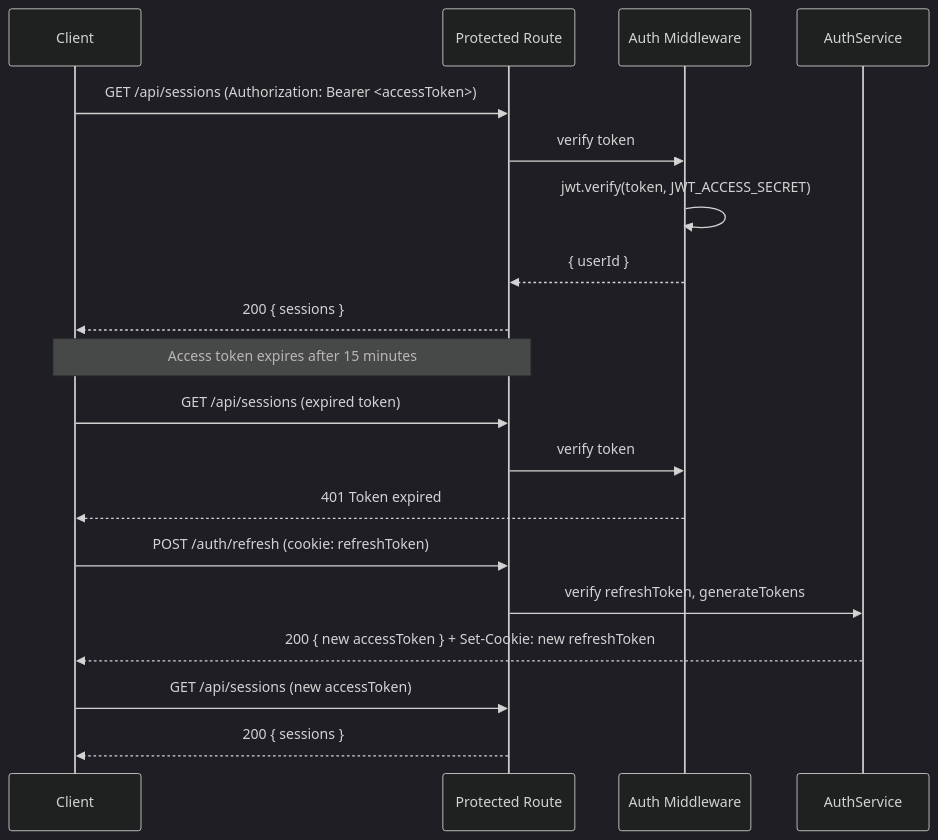
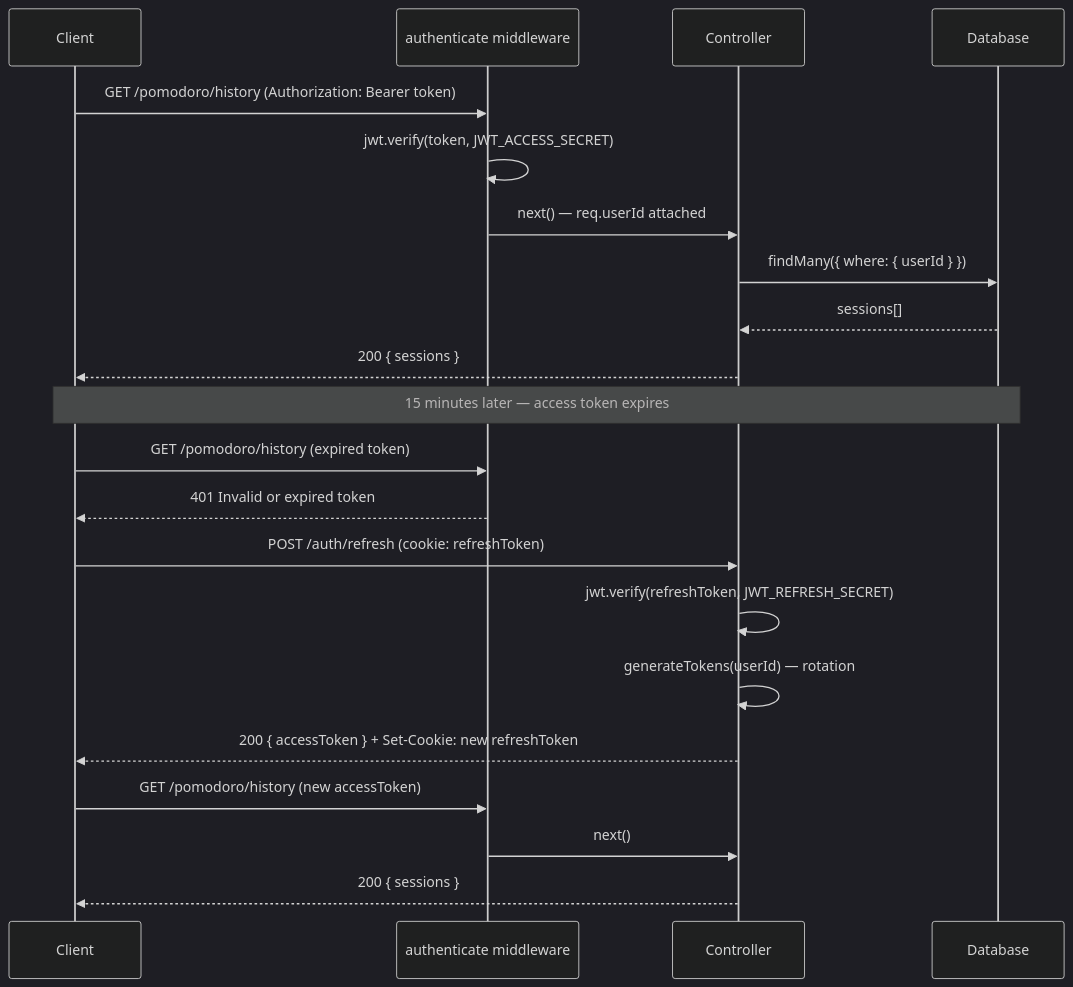
Before and after one commit to abbari6566/Dot: the seventh of 7 diagrams in documentation.md, drawn with Mermaid (dark theme). The commit also changed other lines of this file and 9 other files, not shown here.

````diff
--- a/documentation.md
+++ b/documentation.md
@@ -315,25 +427,28 @@
 ```mermaid
 sequenceDiagram
     participant C as Client
-    participant API as Protected Route
-    participant Auth as Auth Middleware
-    participant S as AuthService
+    participant Auth as authenticate middleware
+    participant Ctrl as Controller
+    participant DB as Database
 
-    C->>API: GET /api/sessions (Authorization: Bearer <accessToken>)
-    API->>Auth: verify token
+    C->>Auth: GET /pomodoro/history (Authorization: Bearer token)
     Auth->>Auth: jwt.verify(token, JWT_ACCESS_SECRET)
-    Auth-->>API: { userId }
-    API-->>C: 200 { sessions }
+    Auth->>Ctrl: next() — req.userId attached
+    Ctrl->>DB: findMany({ where: { userId } })
+    DB-->>Ctrl: sessions[]
+    Ctrl-->>C: 200 { sessions }
 
-    Note over C,API: Access token expires after 15 minutes
+    Note over C,DB: 15 minutes later — access token expires
 
-    C->>API: GET /api/sessions (expired token)
-    API->>Auth: verify token
-    Auth-->>C: 401 Token expired
+    C->>Auth: GET /pomodoro/history (expired token)
+    Auth-->>C: 401 Invalid or expired token
 
-    C->>API: POST /auth/refresh (cookie: refreshToken)
-    API->>S: verify refreshToken, generateTokens
-    S-->>C: 200 { new accessToken } + Set-Cookie: new refreshToken
-    C->>API: GET /api/sessions (new accessToken)
-    API-->>C: 200 { sessions }
+    C->>Ctrl: POST /auth/refresh (cookie: refreshToken)
+    Ctrl->>Ctrl: jwt.verify(refreshToken, JWT_REFRESH_SECRET)
+    Ctrl->>Ctrl: generateTokens(userId) — rotation
+    Ctrl-->>C: 200 { accessToken } + Set-Cookie: new refreshToken
+
+    C->>Auth: GET /pomodoro/history (new accessToken)
+    Auth->>Ctrl: next()
+    Ctrl-->>C: 200 { sessions }
 ```
````
